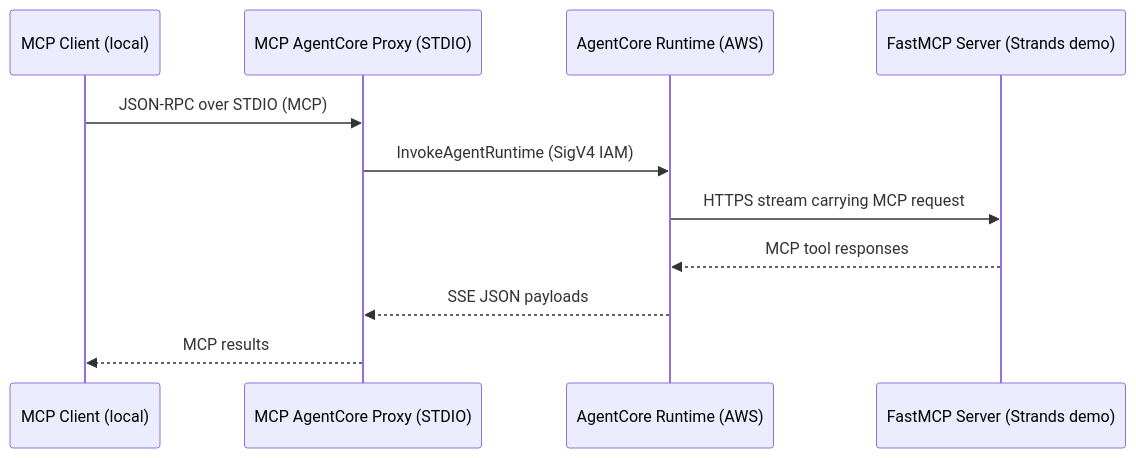
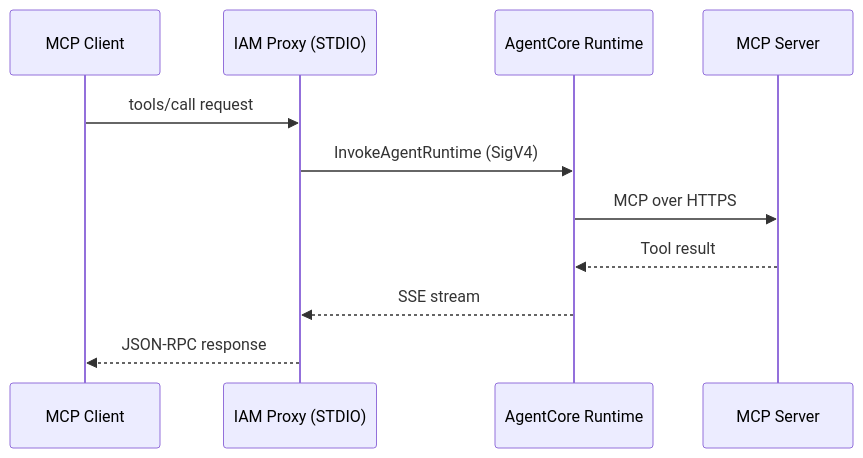
The first of 2 diagrams in README.md (alessandrobologna/agentcore-mcp-proxy), drawn with Mermaid before and after one commit. The commit also changed other lines of this file and 25 other files, not shown here.

````diff
--- a/README.md
+++ b/README.md
@@ -9,14 +21,14 @@
 ```mermaid
 sequenceDiagram
-    participant MCPClient as MCP Client (local)
-    participant Proxy as MCP AgentCore Proxy (STDIO)
-    participant AgentCore as AgentCore Runtime (AWS)
-    participant Server as FastMCP Server (Strands demo)
+    participant Client as MCP Client
+    participant Proxy as IAM Proxy (STDIO)
+    participant AgentCore as AgentCore Runtime
+    participant Server as MCP Server
 
-    MCPClient->>Proxy: JSON-RPC over STDIO (MCP)
-    Proxy->>AgentCore: InvokeAgentRuntime (SigV4 IAM)
-    AgentCore->>Server: HTTPS stream carrying MCP request
-    Server-->>AgentCore: MCP tool responses
-    AgentCore-->>Proxy: SSE JSON payloads
-    Proxy-->>MCPClient: MCP results
+    Client->>Proxy: tools/call request
+    Proxy->>AgentCore: InvokeAgentRuntime (SigV4)
+    AgentCore->>Server: MCP over HTTPS
+    Server-->>AgentCore: Tool result
+    AgentCore-->>Proxy: SSE stream
+    Proxy-->>Client: JSON-RPC response
 ```
````
